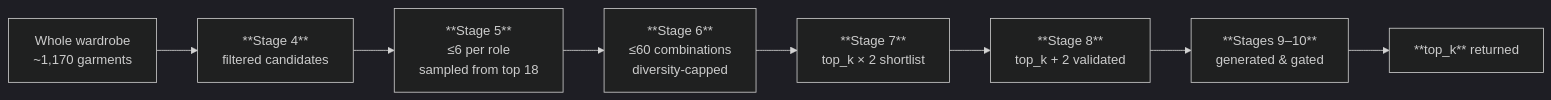
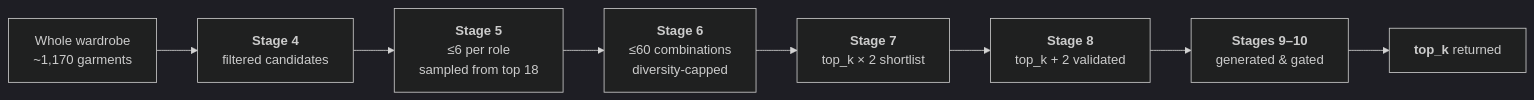
Before and after one commit to ClosetTheory/Closet-theory-pipeline: the sixth of 8 diagrams in docs/PIPELINES.md, drawn with Mermaid (dark theme). The commit also changed other lines of this file and 8 other files, not shown here.

First line of the commit message:
Add a Pipeline Info tab with live, interactive diagrams

````diff
--- a/docs/PIPELINES.md
+++ b/docs/PIPELINES.md
@@ -425,10 +425,10 @@
 ```mermaid
 flowchart LR
-    W["Whole wardrobe<br/>~1,170 garments"] --> F["**Stage 4**<br/>filtered candidates"]
-    F --> R["**Stage 5**<br/>≤6 per role<br/>sampled from top 18"]
-    R --> C["**Stage 6**<br/>≤60 combinations<br/>diversity-capped"]
-    C --> K["**Stage 7**<br/>top_k × 2 shortlist"]
-    K --> V["**Stage 8**<br/>top_k + 2 validated"]
-    V --> G["**Stages 9–10**<br/>generated &amp; gated"]
-    G --> O["**top_k** returned"]
+    W["Whole wardrobe<br/>~1,170 garments"] --> F["<b>Stage 4</b><br/>filtered candidates"]
+    F --> R["<b>Stage 5</b><br/>≤6 per role<br/>sampled from top 18"]
+    R --> C["<b>Stage 6</b><br/>≤60 combinations<br/>diversity-capped"]
+    C --> K["<b>Stage 7</b><br/>top_k × 2 shortlist"]
+    K --> V["<b>Stage 8</b><br/>top_k + 2 validated"]
+    V --> G["<b>Stages 9–10</b><br/>generated &amp; gated"]
+    G --> O["<b>top_k</b> returned"]
 ```
````
